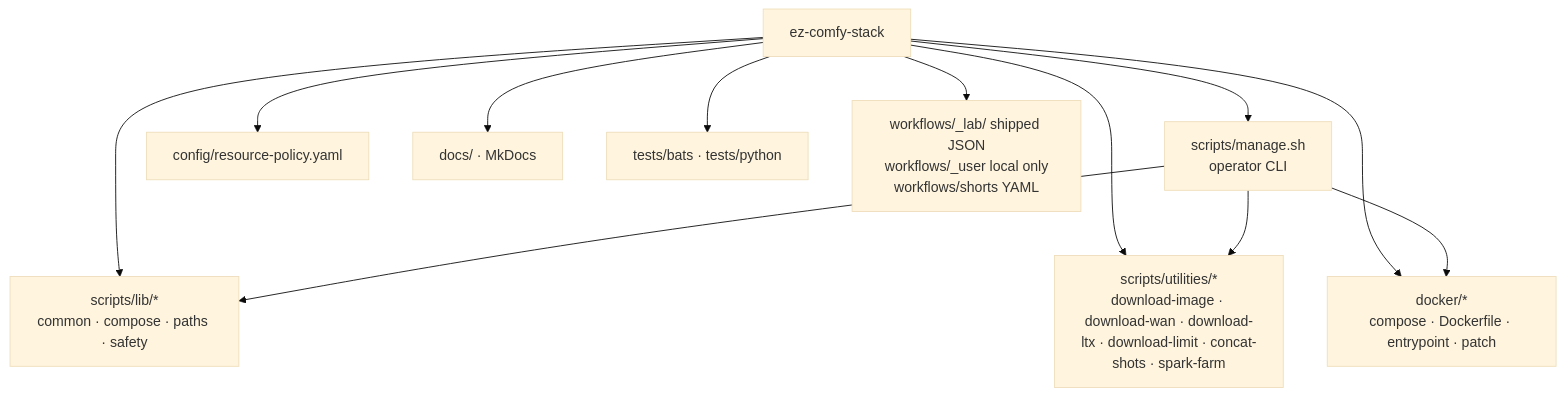
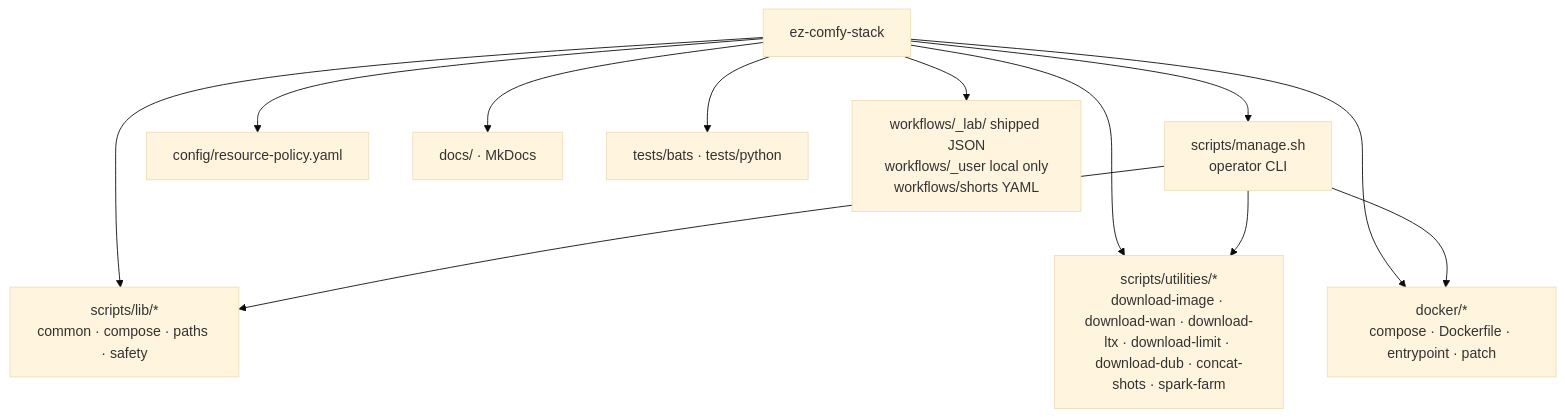
Before and after one commit to toxicoder/ez-comfy-stack: the first of 6 diagrams in docs/project-conventions.md, drawn with Mermaid (base theme). The commit also changed 40 other files, not shown here.

````diff
--- a/docs/project-conventions.md
+++ b/docs/project-conventions.md
@@ -37,15 +37,15 @@
 ```mermaid
 flowchart TB
   Root["ez-comfy-stack"]
   Root --> Manage["scripts/manage.sh<br/>operator CLI"]
   Root --> Lib["scripts/lib/*<br/>common · compose · paths · safety"]
-  Root --> Util["scripts/utilities/*<br/>download-image · download-wan · download-ltx · download-limit · concat-shots · spark-farm"]
+  Root --> Util["scripts/utilities/*<br/>download-image · download-wan · download-ltx · download-limit · download-dub · concat-shots · spark-farm"]
   Root --> Docker["docker/*<br/>compose · Dockerfile · entrypoint · patch"]
   Root --> Cfg["config/resource-policy.yaml"]
   Root --> Docs["docs/ · MkDocs"]
   Root --> Tests["tests/bats · tests/python"]
   Root --> Wf["workflows/_lab/<lane> shipped JSON<br/>workflows/_user local only<br/>workflows/shorts YAML"]
   Manage --> Lib
   Manage --> Util
   Manage --> Docker
 ```
````
